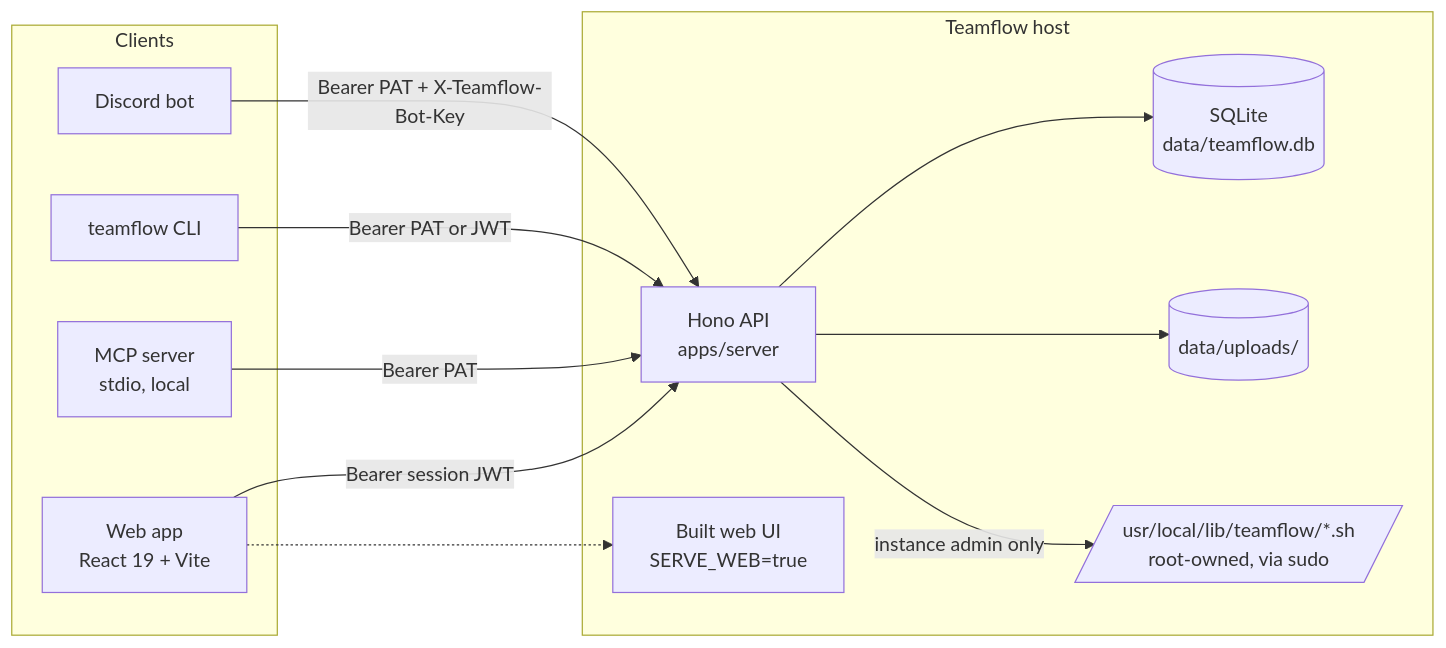
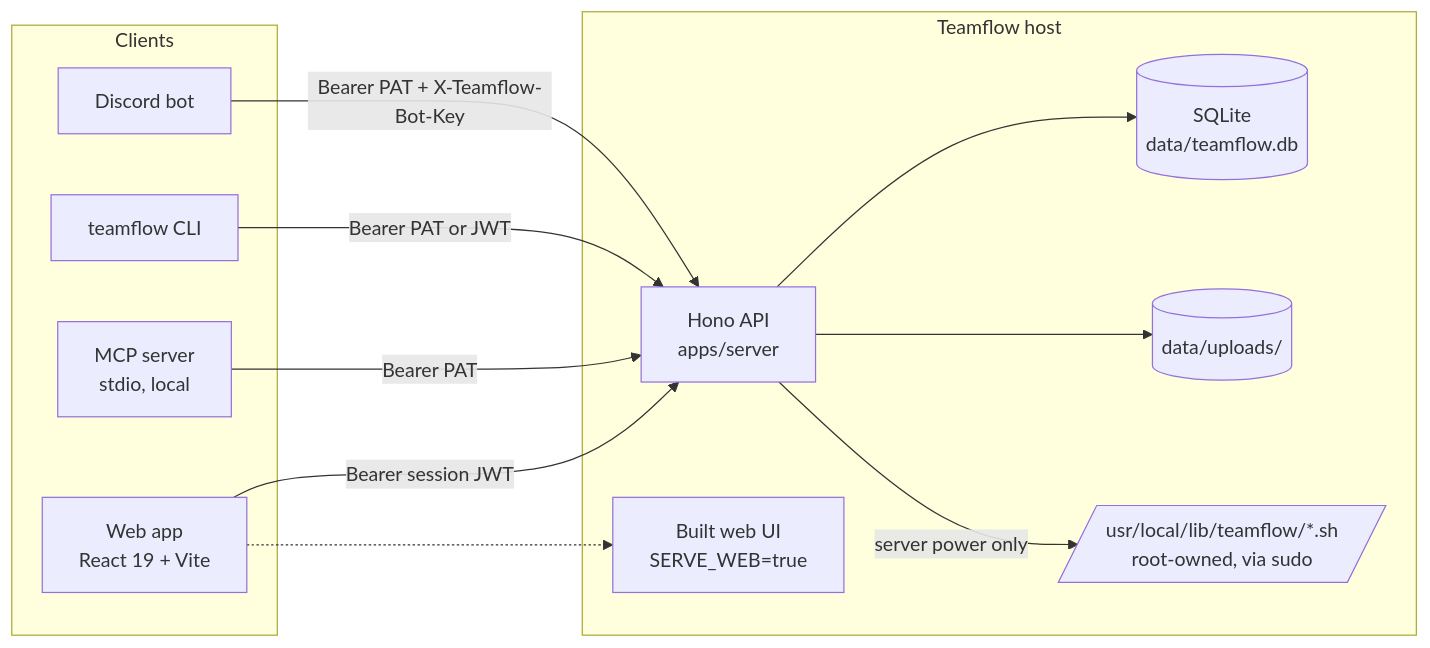
One commit to mrcool5556/teamflow changed the first of 4 diagrams in docs/ARCHITECTURE.md. Above: the diagram before and after it, drawn with Mermaid. The commit also changed other lines of this file and 10 other files, not shown here.

First line of the commit message:
Docs for the Server Owner, trusted admin powers and the backup list

````diff
--- a/docs/ARCHITECTURE.md
+++ b/docs/ARCHITECTURE.md
@@ -7,24 +7,24 @@
 ```mermaid
 flowchart LR
   subgraph clients [Clients]
     Web[Web app<br/>React 19 + Vite]
     MCP[MCP server<br/>stdio, local]
     CLI[teamflow CLI]
     Bot[Discord bot]
   end
   subgraph host [Teamflow host]
     API[Hono API<br/>apps/server]
     Static[Built web UI<br/>SERVE_WEB=true]
     DB[(SQLite<br/>data/teamflow.db)]
     Files[(data/uploads/)]
     Scripts[/usr/local/lib/teamflow/*.sh<br/>root-owned, via sudo/]
   end
   Web -->|Bearer session JWT| API
   MCP -->|Bearer PAT| API
   CLI -->|Bearer PAT or JWT| API
   Bot -->|Bearer PAT + X-Teamflow-Bot-Key| API
   Web -.-> Static
   API --> DB
   API --> Files
-  API -->|instance admin only| Scripts
+  API -->|server power only| Scripts
 ```
````
